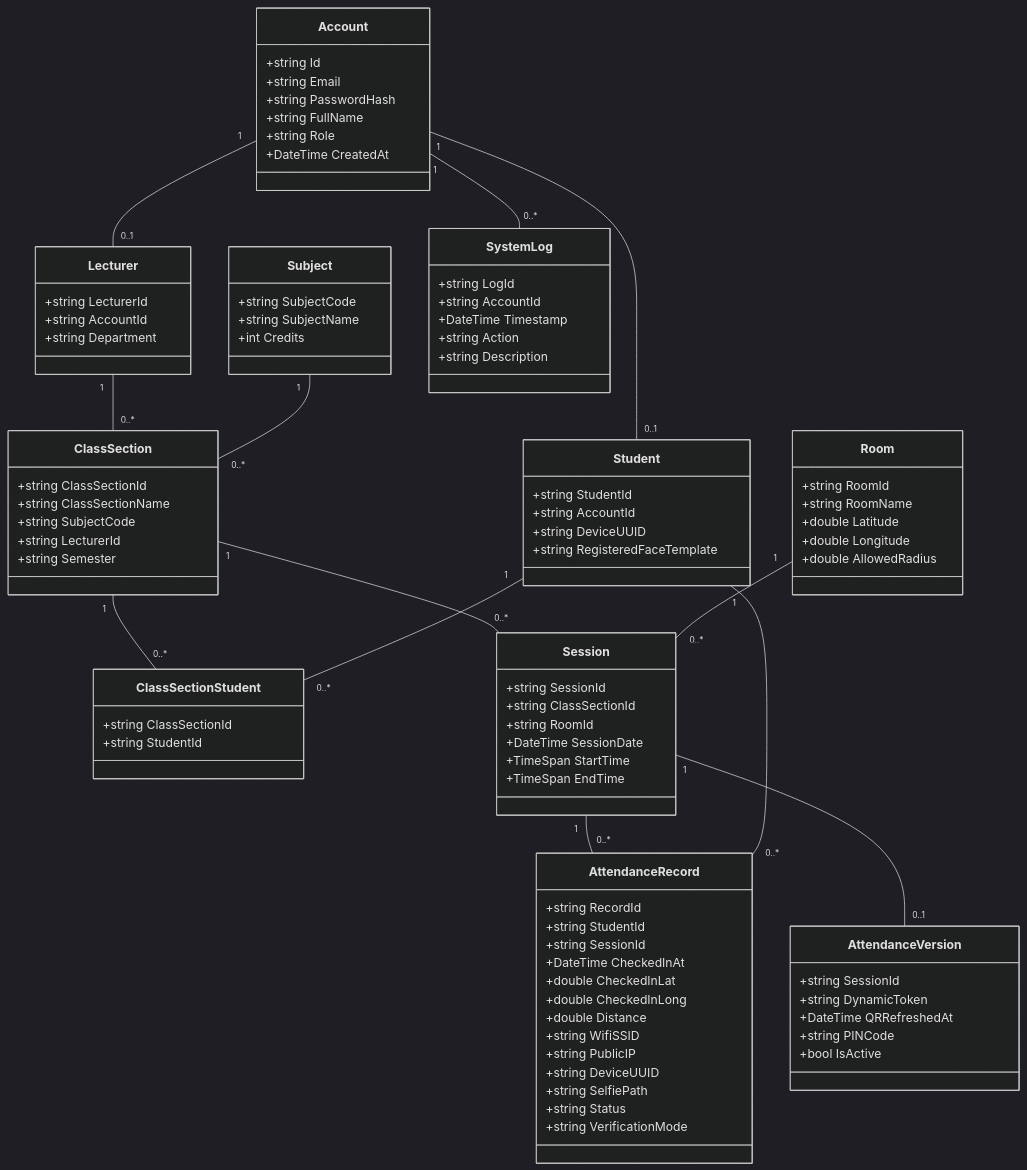
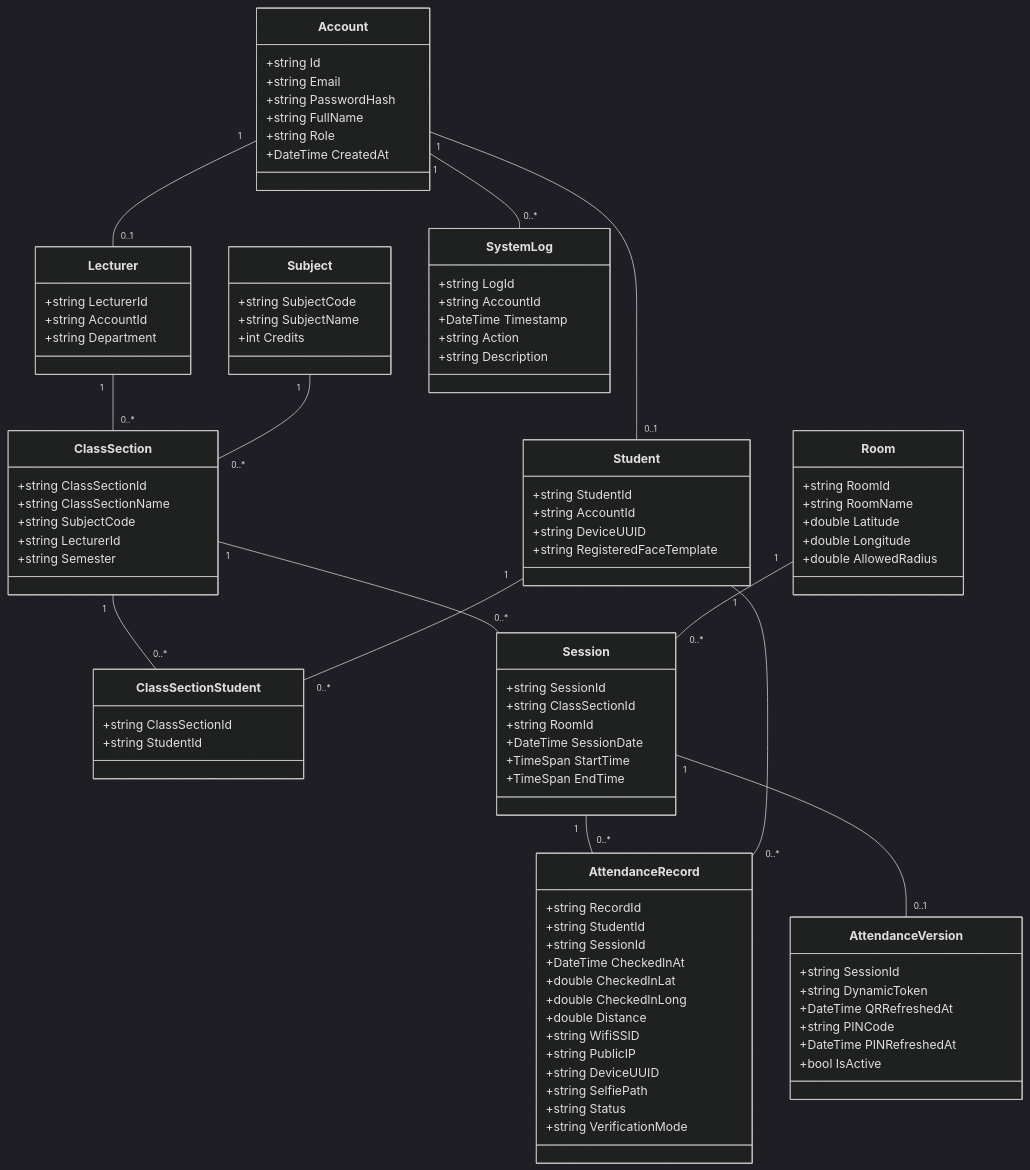
Before and after one commit to nttung42/SWD392: the fifth of 31 diagrams in AFAS_RDS_Document.md, drawn with Mermaid (dark theme). The commit also changed other lines of this file, not shown here.

```diff
--- a/AFAS_RDS_Document.md
+++ b/AFAS_RDS_Document.md
@@ -572,6 +572,7 @@
         +string DynamicToken
         +DateTime QRRefreshedAt
         +string PINCode
+        +DateTime PINRefreshedAt
         +bool IsActive
     }
 
```
